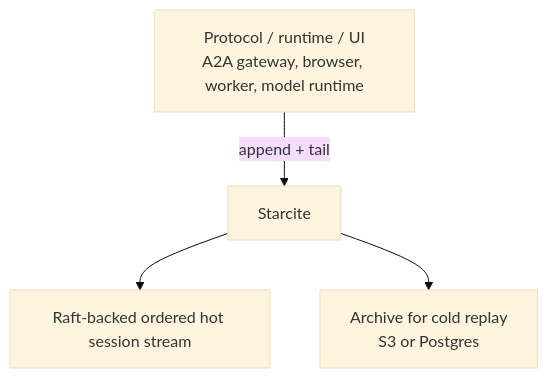
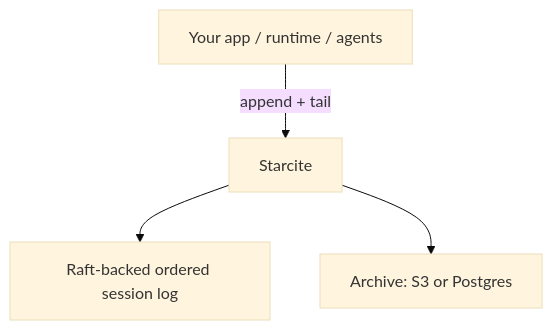
The diagram in README.md (fastpaca/starcite), drawn with Mermaid (base theme) before and after one commit. The commit also changed other lines of this file, not shown here.

````diff
--- a/README.md
+++ b/README.md
@@ -53,6 +166,6 @@
 ```mermaid
 flowchart TD
-    A[Protocol / runtime / UI<br/>A2A gateway, browser, worker, model runtime] -->|append + tail| B[Starcite]
-    B --> C[Raft-backed ordered hot session stream]
-    B --> D[Archive for cold replay<br/>S3 or Postgres]
+    A[Your app / runtime / agents] -->|append + tail| B[Starcite]
+    B --> C[Raft-backed ordered session log]
+    B --> D[Archive: S3 or Postgres]
 ```
````
